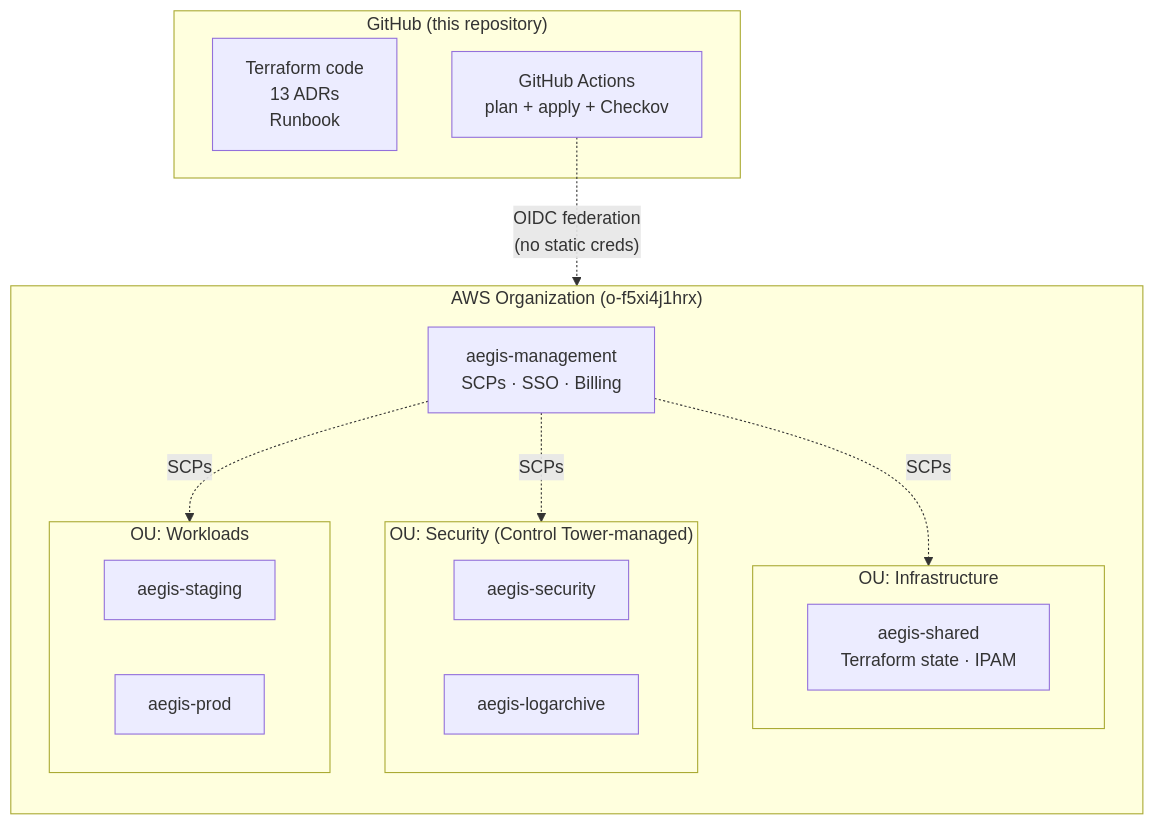
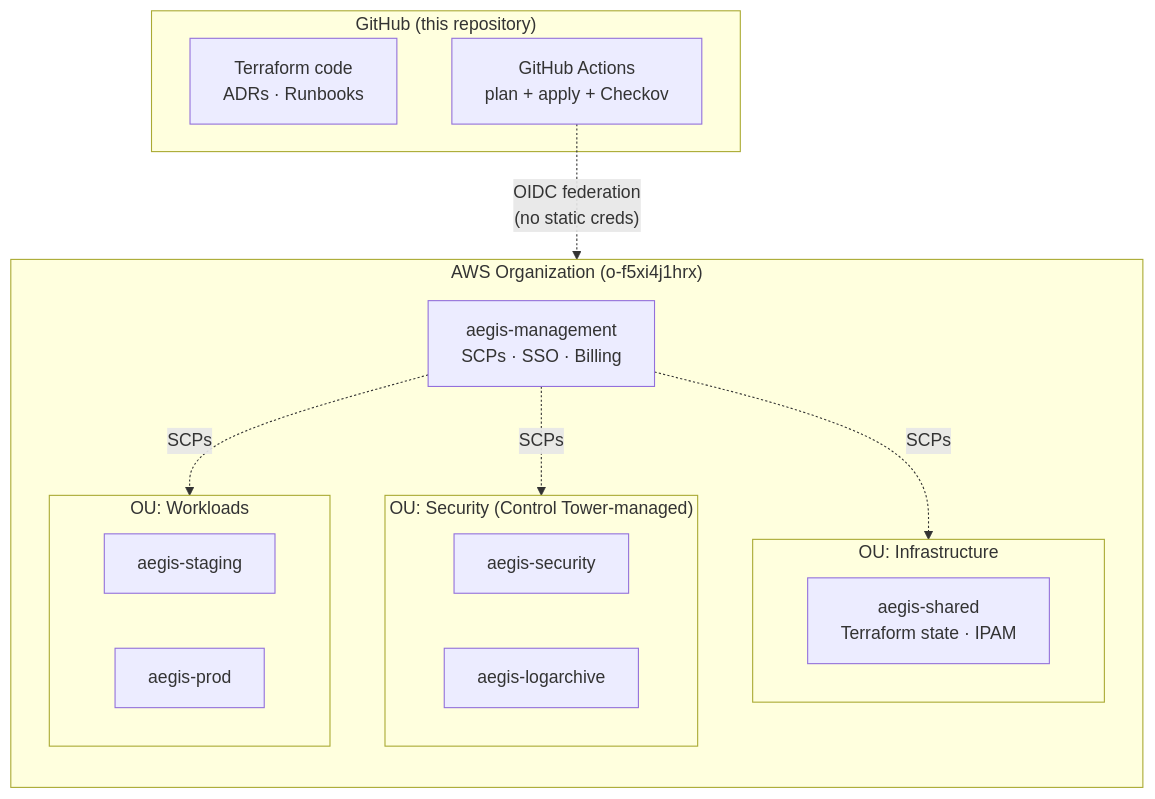
One commit to BinHsu/aegis-aws-landing-zone changed the diagram in README.md. Above: the diagram before and after it, drawn with Mermaid. The commit also changed other lines of this file, not shown here.

````diff
--- a/README.md
+++ b/README.md
@@ -52,31 +60,31 @@
 ```mermaid
 flowchart TB
   subgraph GH["GitHub (this repository)"]
-    Code["Terraform code<br/>13 ADRs<br/>Runbook"]
+    Code["Terraform code<br/>ADRs · Runbooks"]
     CI["GitHub Actions<br/>plan + apply + Checkov"]
   end
 
   subgraph Org["AWS Organization (o-f5xi4j1hrx)"]
     direction TB
     Mgmt["aegis-management<br/>SCPs · SSO · Billing"]
 
     subgraph Sec["OU: Security (Control Tower-managed)"]
       Audit["aegis-security"]
       Log["aegis-logarchive"]
     end
 
     subgraph Inf["OU: Infrastructure"]
       Shared["aegis-shared<br/>Terraform state · IPAM"]
     end
 
     subgraph Wrk["OU: Workloads"]
       Stg["aegis-staging"]
       Prd["aegis-prod"]
     end
   end
 
   CI -. OIDC federation<br/>(no static creds) .-> Org
   Mgmt -. SCPs .-> Sec
   Mgmt -. SCPs .-> Inf
   Mgmt -. SCPs .-> Wrk
 ```
````
